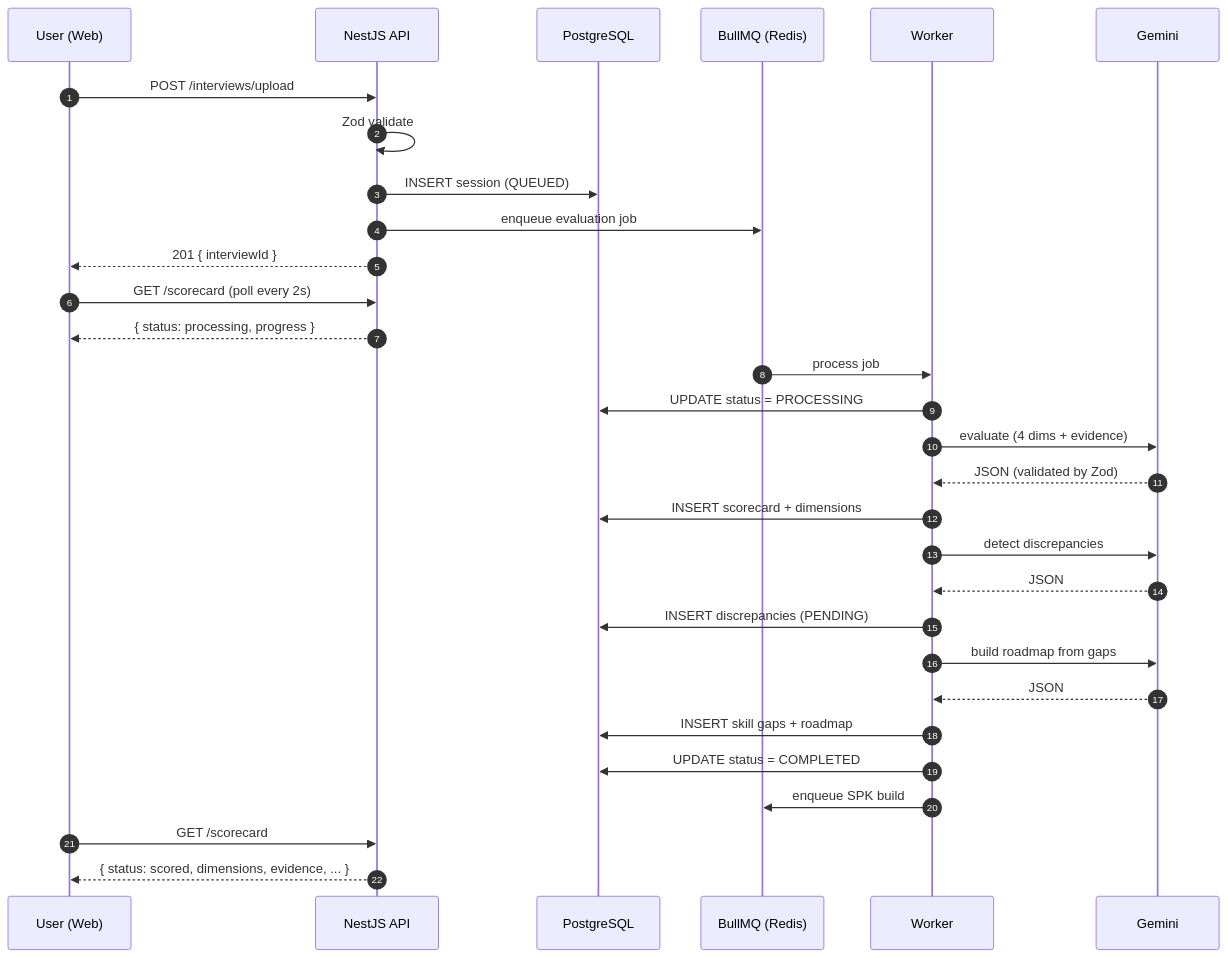
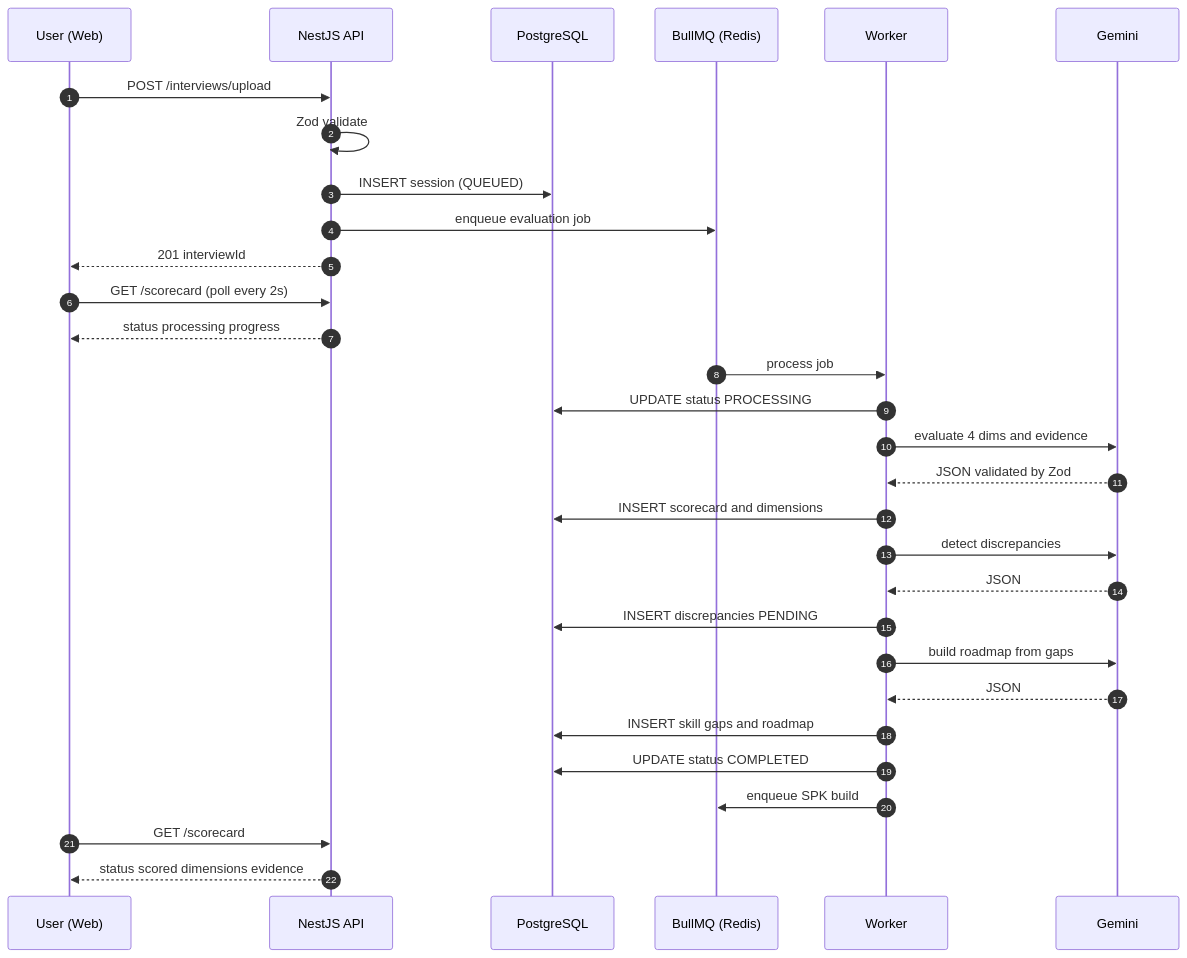
The fourth of 6 diagrams in README.md (EchoGrow/echogrow-core), drawn with Mermaid before and after one commit. The commit also changed other lines of this file, not shown here.

Commit message:
Solve issue in Readme

````diff
--- a/README.md
+++ b/README.md
@@ -357,39 +357,39 @@
 ```mermaid
 sequenceDiagram
     autonumber
     participant U as User (Web)
     participant API as NestJS API
     participant DB as PostgreSQL
     participant Q as BullMQ (Redis)
     participant W as Worker
     participant LLM as Gemini
 
     U->>API: POST /interviews/upload
     API->>API: Zod validate
     API->>DB: INSERT session (QUEUED)
     API->>Q: enqueue evaluation job
-    API-->>U: 201 { interviewId }
+    API-->>U: 201 interviewId
 
     U->>API: GET /scorecard (poll every 2s)
-    API-->>U: { status: processing, progress }
+    API-->>U: status processing progress
 
     Q->>W: process job
-    W->>DB: UPDATE status = PROCESSING
-    W->>LLM: evaluate (4 dims + evidence)
-    LLM-->>W: JSON (validated by Zod)
-    W->>DB: INSERT scorecard + dimensions
+    W->>DB: UPDATE status PROCESSING
+    W->>LLM: evaluate 4 dims and evidence
+    LLM-->>W: JSON validated by Zod
+    W->>DB: INSERT scorecard and dimensions
 
     W->>LLM: detect discrepancies
     LLM-->>W: JSON
-    W->>DB: INSERT discrepancies (PENDING)
+    W->>DB: INSERT discrepancies PENDING
 
     W->>LLM: build roadmap from gaps
     LLM-->>W: JSON
-    W->>DB: INSERT skill gaps + roadmap
+    W->>DB: INSERT skill gaps and roadmap
 
-    W->>DB: UPDATE status = COMPLETED
+    W->>DB: UPDATE status COMPLETED
     W->>Q: enqueue SPK build
 
     U->>API: GET /scorecard
-    API-->>U: { status: scored, dimensions, evidence, ... }
+    API-->>U: status scored dimensions evidence
 ```
````
